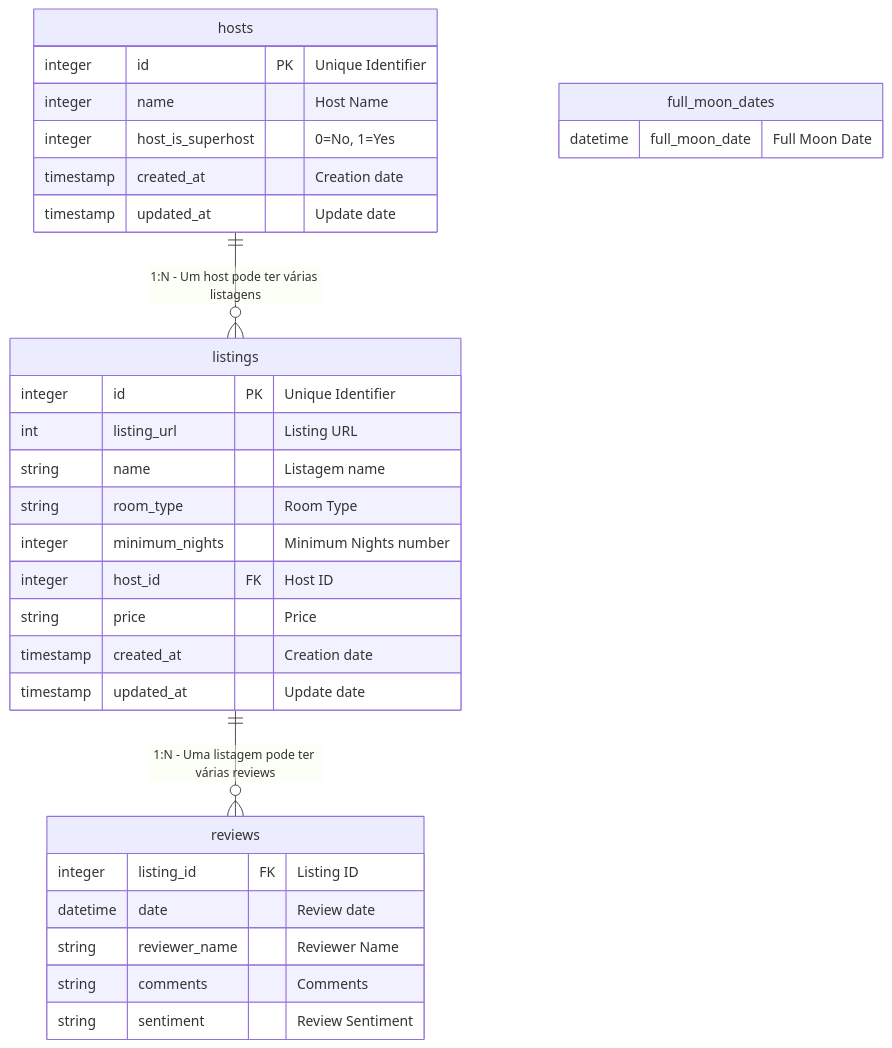
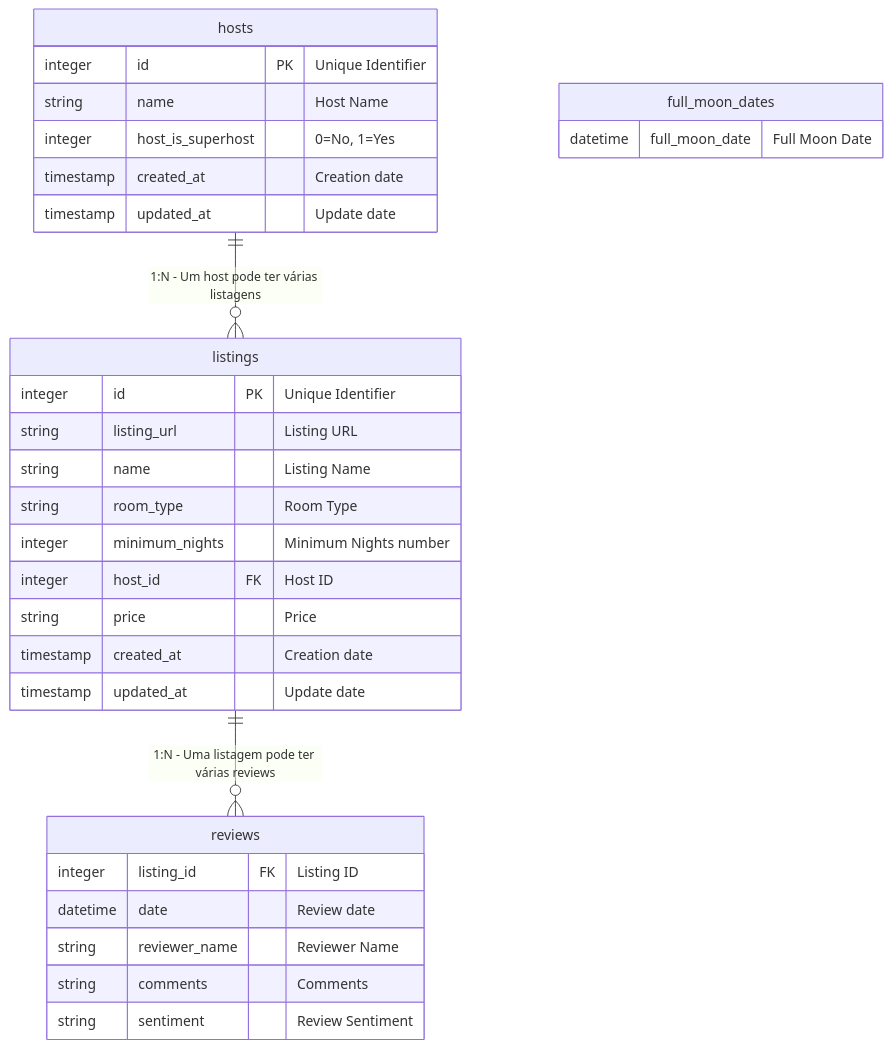
One commit to dhonysilva/entropia changed the diagram in README.md. Above: the diagram before and after it, drawn with Mermaid. The commit also changed other lines of this file, not shown here.

Commit message:
Fix typo base on Code Review

````diff
--- a/README.md
+++ b/README.md
@@ -58,37 +58,37 @@
 ```mermaid
 erDiagram
     hosts ||--o{ listings : "1:N - Um host pode ter várias listagens"
     listings ||--o{ reviews : "1:N - Uma listagem pode ter várias reviews"
 
     hosts {
         integer id PK "Unique Identifier"
-        integer name "Host Name"
+        string name "Host Name"
         integer host_is_superhost "0=No, 1=Yes"
         timestamp created_at "Creation date"
         timestamp updated_at "Update date"
     }
 
     listings {
         integer id PK "Unique Identifier"
-        int listing_url "Listing URL"
-        string name "Listagem name"
+        string listing_url "Listing URL"
+        string name "Listing Name"
         string room_type "Room Type"
         integer minimum_nights "Minimum Nights number"
         integer host_id FK "Host ID"
         string price "Price"
         timestamp created_at "Creation date"
         timestamp updated_at "Update date"
     }
 
     reviews {
         integer listing_id FK "Listing ID"
         datetime date "Review date"
         string reviewer_name "Reviewer Name"
         string comments "Comments"
         string sentiment "Review Sentiment"
     }
 
     full_moon_dates {
         datetime full_moon_date "Full Moon Date"
     }
 ```
````
